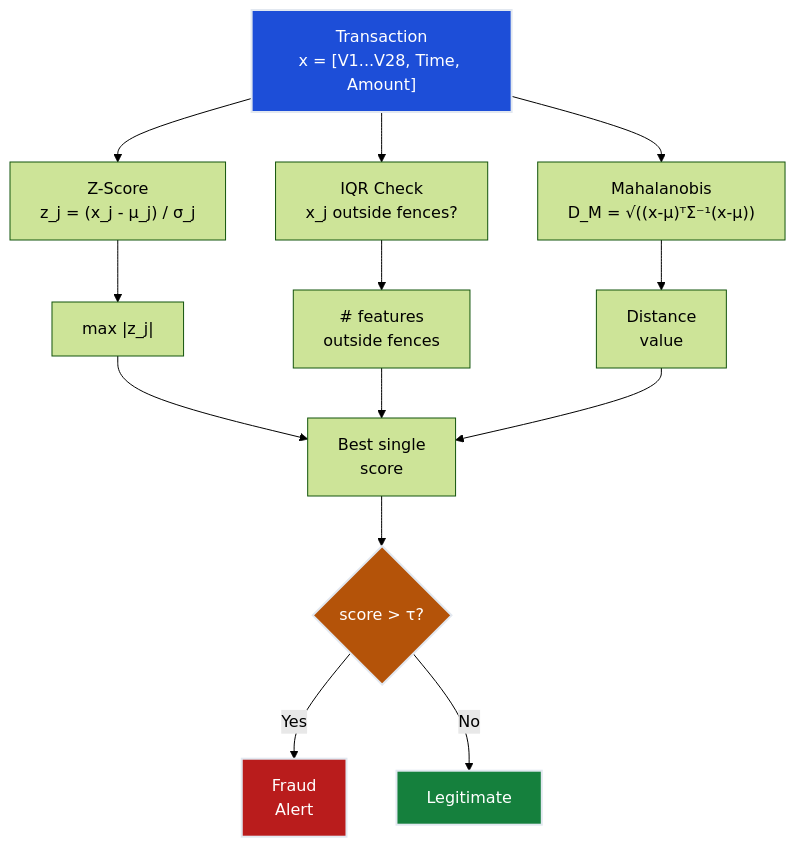
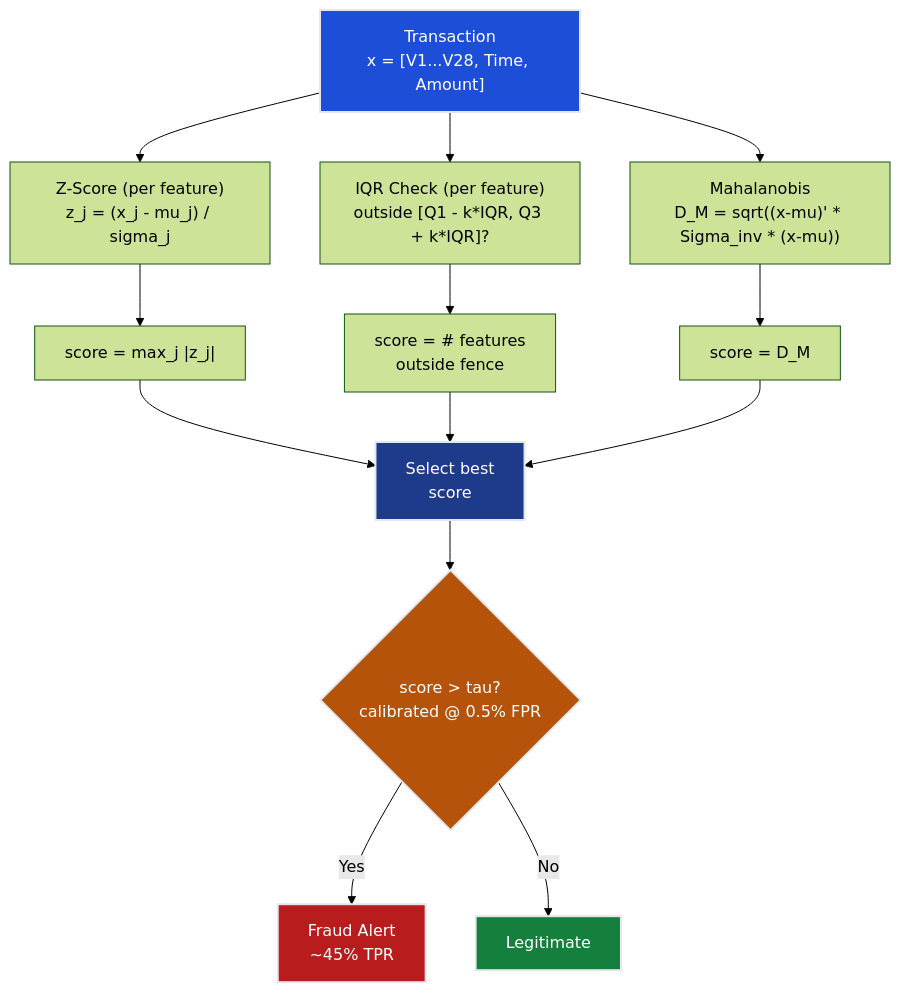
The second of 3 diagrams in notes/01-ml/05_anomaly_detection/ch01_statistical_methods/README.md (deepakshamsft/ai-portfolio), drawn with Mermaid (forest theme) before and after one commit. The commit also changed other lines of this file and 727 other files, not shown here.

````diff
--- a/notes/01-ml/05_anomaly_detection/ch01_statistical_methods/README.md
+++ b/notes/01-ml/05_anomaly_detection/ch01_statistical_methods/README.md
@@ -234,23 +448,25 @@
 ```mermaid
 flowchart TD
-    TX["Transaction\nx = [V1...V28, Time, Amount]"] --> Z["Z-Score\nz_j = (x_j - μ_j) / σ_j"]
-    TX --> IQR["IQR Check\nx_j outside fences?"]
-    TX --> MAH["Mahalanobis\nD_M = √((x-μ)ᵀΣ⁻¹(x-μ))"]
+    TX["Transaction\nx = [V1...V28, Time, Amount]"]
+    TX --> Z["Z-Score (per feature)\nz_j = (x_j - mu_j) / sigma_j"]
+    TX --> IQR["IQR Check (per feature)\noutside [Q1 - k*IQR, Q3 + k*IQR]?"]
+    TX --> MAH["Mahalanobis\nD_M = sqrt((x-mu)' * Sigma_inv * (x-mu))"]
 
-    Z --> MAXZ["max |z_j|"]
-    IQR --> COUNT["# features\noutside fences"]
-    MAH --> DIST["Distance\nvalue"]
+    Z --> MAXZ["score = max_j |z_j|"]
+    IQR --> COUNT["score = # features\noutside fence"]
+    MAH --> DIST["score = D_M"]
 
-    MAXZ --> COMBINE["Best single\nscore"]
-    COUNT --> COMBINE
-    DIST --> COMBINE
+    MAXZ --> BEST["Select best\nscore"]
+    COUNT --> BEST
+    DIST --> BEST
 
-    COMBINE --> THRESHOLD{"score > τ?"}
-    THRESHOLD -->|"Yes"| FRAUD["Fraud\nAlert"]
-    THRESHOLD -->|"No"| LEGIT["Legitimate"]
+    BEST --> THRESH{"score > tau?\ncalibrated @ 0.5% FPR"}
+    THRESH -->|"Yes"| FRAUD["Fraud Alert\n~45% TPR"]
+    THRESH -->|"No"| LEGIT["Legitimate"]
 
     style TX fill:#1d4ed8,stroke:#e2e8f0,stroke-width:2px,color:#ffffff
     style FRAUD fill:#b91c1c,stroke:#e2e8f0,stroke-width:2px,color:#ffffff
     style LEGIT fill:#15803d,stroke:#e2e8f0,stroke-width:2px,color:#ffffff
-    style THRESHOLD fill:#b45309,stroke:#e2e8f0,stroke-width:2px,color:#ffffff
+    style THRESH fill:#b45309,stroke:#e2e8f0,stroke-width:2px,color:#ffffff
+    style BEST fill:#1e3a8a,stroke:#e2e8f0,stroke-width:2px,color:#ffffff
 ```
````
